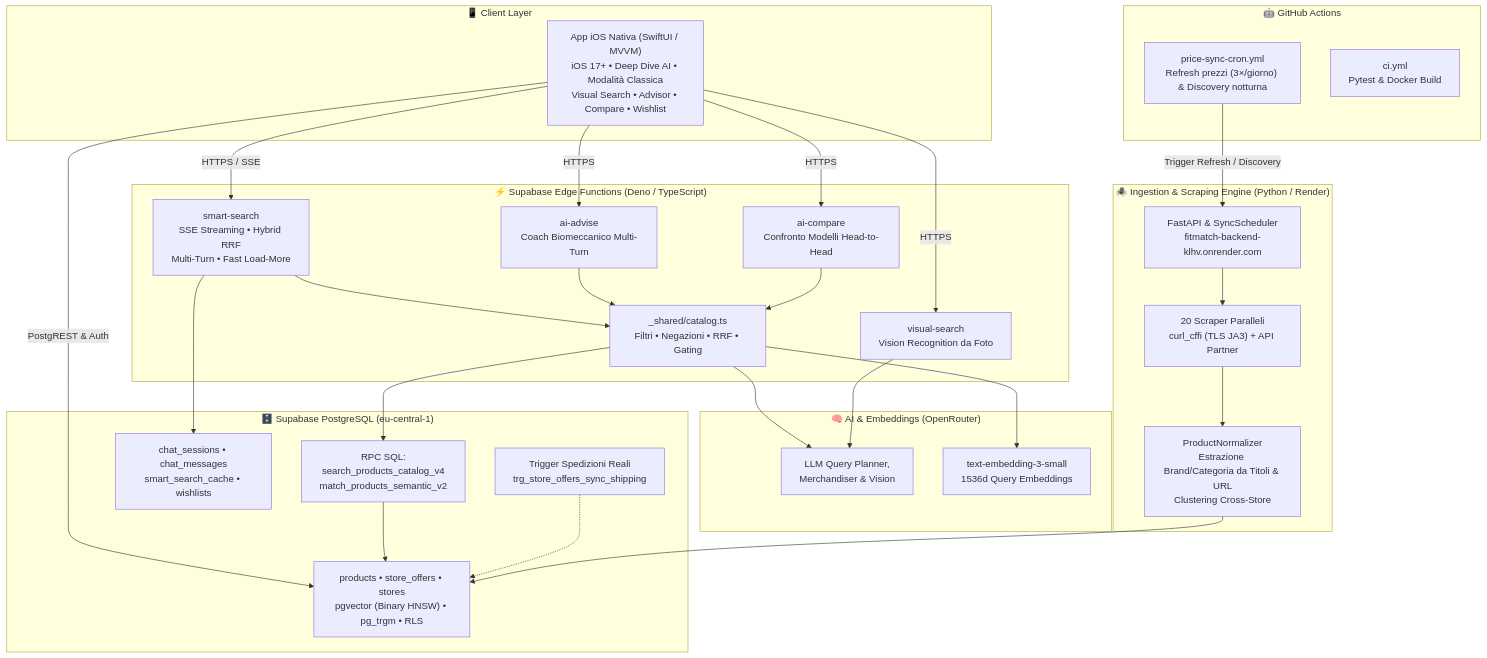
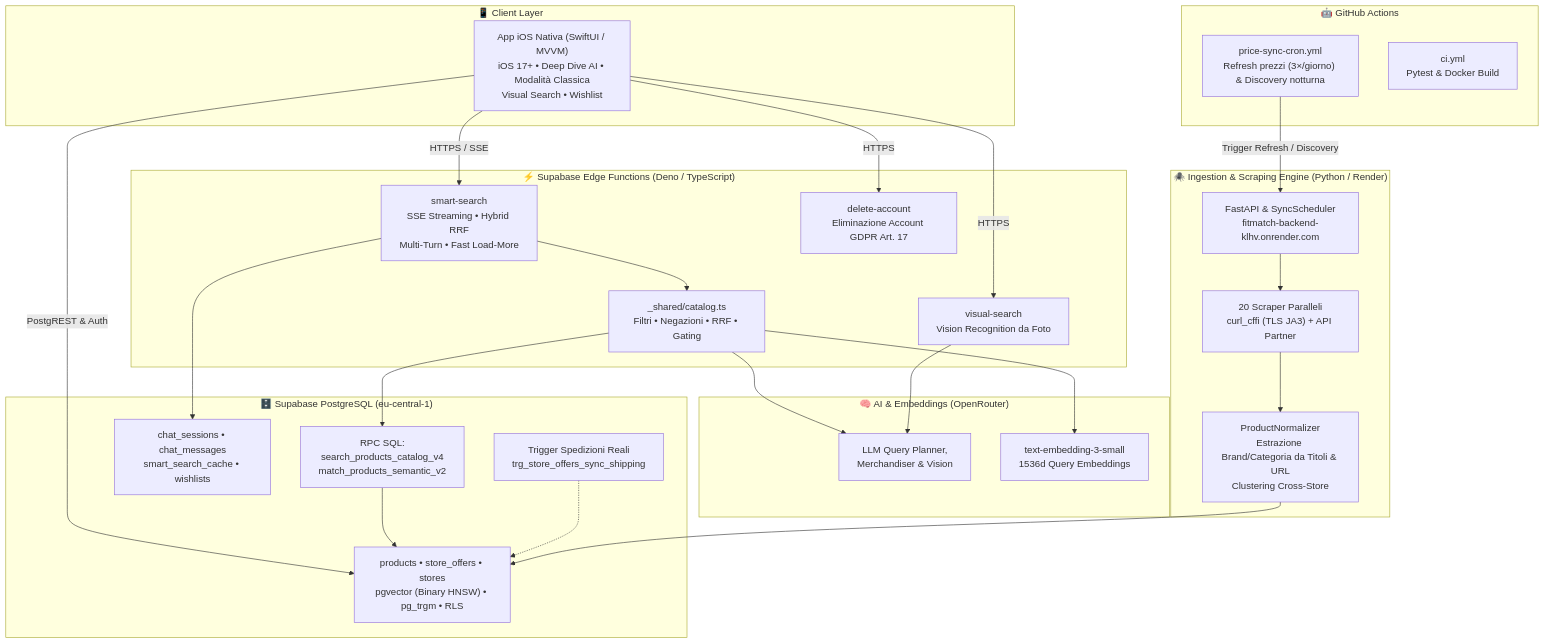
One commit to lucaberardi0/fitmatch changed the diagram in README.md. Above: the diagram before and after it, drawn with Mermaid. The commit also changed other lines of this file and 35 other files, not shown here.

First line of the commit message:
feat(account,ios,supabase): revamp Account UX & privacy, remove Compare and Biomechanical Coach features

````diff
--- a/README.md
+++ b/README.md
@@ -28,58 +28,54 @@
 ```mermaid
 flowchart TD
     subgraph Client ["📱 Client Layer"]
-        iOS["App iOS Nativa (SwiftUI / MVVM)\niOS 17+ • Deep Dive AI • Modalità Classica\nVisual Search • Advisor • Compare • Wishlist"]
+        iOS["App iOS Nativa (SwiftUI / MVVM)\niOS 17+ • Deep Dive AI • Modalità Classica\nVisual Search • Wishlist"]
     end
 
     subgraph Edge ["⚡ Supabase Edge Functions (Deno / TypeScript)"]
         SmartSearch["smart-search\nSSE Streaming • Hybrid RRF\nMulti-Turn • Fast Load-More"]
         VisualSearch["visual-search\nVision Recognition da Foto"]
-        Advise["ai-advise\nCoach Biomeccanico Multi-Turn"]
-        Compare["ai-compare\nConfronto Modelli Head-to-Head"]
+        DeleteAccount["delete-account\nEliminazione Account GDPR Art. 17"]
         Shared["_shared/catalog.ts\nFiltri • Negazioni • RRF • Gating"]
     end
 
     subgraph AI ["🧠 AI & Embeddings (OpenRouter)"]
         LLM["LLM Query Planner,\nMerchandiser & Vision"]
         Emb["text-embedding-3-small\n1536d Query Embeddings"]
     end
 
     subgraph DB ["🗄️ Supabase PostgreSQL (eu-central-1)"]
         PG["products • store_offers • stores\npgvector (Binary HNSW) • pg_trgm • RLS"]
         RPC["RPC SQL:\nsearch_products_catalog_v4\nmatch_products_semantic_v2"]
         State["chat_sessions • chat_messages\nsmart_search_cache • wishlists"]
         Trigger["Trigger Spedizioni Reali\ntrg_store_offers_sync_shipping"]
     end
 
     subgraph Ingestion ["🕷️ Ingestion & Scraping Engine (Python / Render)"]
         FastAPI["FastAPI & SyncScheduler\nfitmatch-backend-klhv.onrender.com"]
         Scrapers["20 Scraper Paralleli\ncurl_cffi (TLS JA3) + API Partner"]
         Normalizer["ProductNormalizer\nEstrazione Brand/Categoria da Titoli & URL\nClustering Cross-Store"]
     end
 
     subgraph Automation ["🤖 GitHub Actions"]
         Cron["price-sync-cron.yml\nRefresh prezzi (3×/giorno) & Discovery notturna"]
         CI["ci.yml\nPytest & Docker Build"]
     end
 
     iOS -->|HTTPS / SSE| SmartSearch
     iOS -->|HTTPS| VisualSearch
-    iOS -->|HTTPS| Advise
-    iOS -->|HTTPS| Compare
+    iOS -->|HTTPS| DeleteAccount
     iOS -->|PostgREST & Auth| PG
 
     SmartSearch --> Shared
-    Advise --> Shared
-    Compare --> Shared
     Shared --> LLM
     Shared --> Emb
     VisualSearch --> LLM
 
     Shared --> RPC
     SmartSearch --> State
     RPC --> PG
     Trigger -.-> PG
 
     FastAPI --> Scrapers --> Normalizer --> PG
     Cron -->|Trigger Refresh / Discovery| FastAPI
 ```
````
